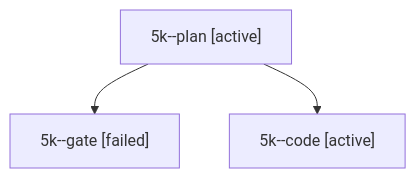
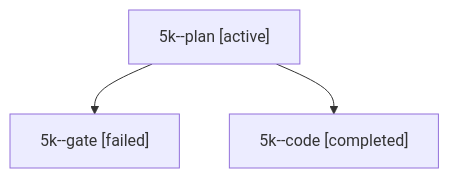
The diagram in sessions/bbugyi200.apollo.5k.md (bobs-org/bob-cli--agents), drawn with Mermaid before and after one commit. The commit also changed other lines of this file and 17 other files, not shown here.

````diff
--- a/sessions/bbugyi200.apollo.5k.md
+++ b/sessions/bbugyi200.apollo.5k.md
@@ -9,8 +9,8 @@
 ```mermaid
 flowchart TD
   n0["5k--plan [active]"]
   n1["5k--gate [failed]"]
   n0 --> n1
-  n2["5k--code [active]"]
+  n2["5k--code [completed]"]
   n0 --> n2
 ```
````
